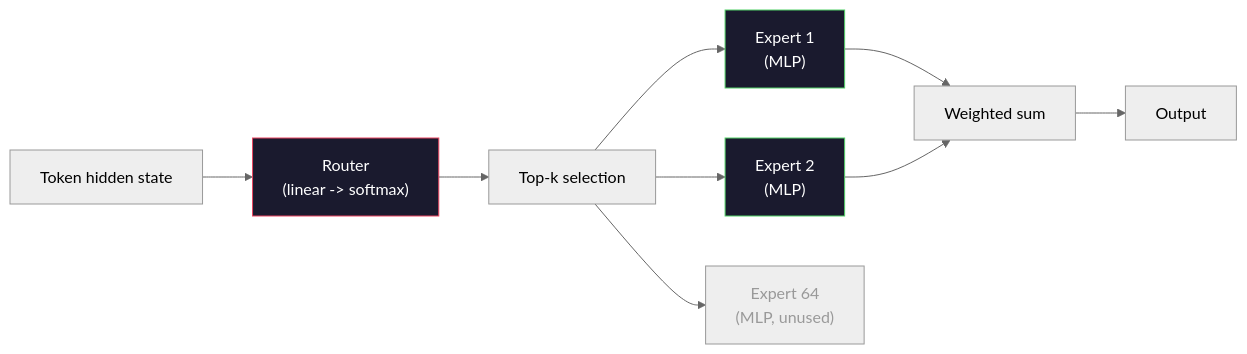
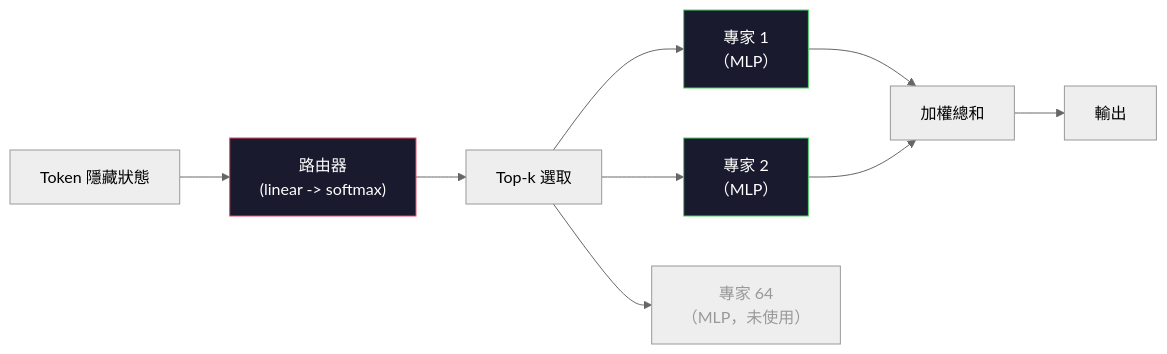
The diagram in i18n/zh-TW/phases/10-llms-from-scratch/14-open-models-architecture-walkthroughs/docs/zh-TW.md (edward821220/ai-engineering-from-scratch), drawn with Mermaid (neutral theme) before and after one commit. The commit also changed other lines of this file and 123 other files, not shown here.

````diff
--- a/i18n/zh-TW/phases/10-llms-from-scratch/14-open-models-architecture-walkthroughs/docs/zh-TW.md
+++ b/i18n/zh-TW/phases/10-llms-from-scratch/14-open-models-architecture-walkthroughs/docs/zh-TW.md
@@ -118,16 +118,16 @@
 ```mermaid
 graph LR
-    I["Token hidden state"] --> R["Router\n(linear -> softmax)"]
-    R --> T["Top-k selection"]
-    T --> E1["Expert 1\n(MLP)"]
-    T --> E2["Expert 2\n(MLP)"]
-    T --> EN["Expert 64\n(MLP, unused)"]
-    E1 --> S["Weighted sum"]
+    I["Token 隱藏狀態"] --> R["路由器\n(linear -> softmax)"]
+    R --> T["Top-k 選取"]
+    T --> E1["專家 1\n（MLP）"]
+    T --> E2["專家 2\n（MLP）"]
+    T --> EN["專家 64\n（MLP，未使用）"]
+    E1 --> S["加權總和"]
     E2 --> S
-    S --> O["Output"]
+    S --> O["輸出"]
 
     style EN fill:#eeeeee,stroke:#999,color:#999
     style E1 fill:#1a1a2e,stroke:#51cf66,color:#fff
     style E2 fill:#1a1a2e,stroke:#51cf66,color:#fff
     style R fill:#1a1a2e,stroke:#e94560,color:#fff
 ```
````
